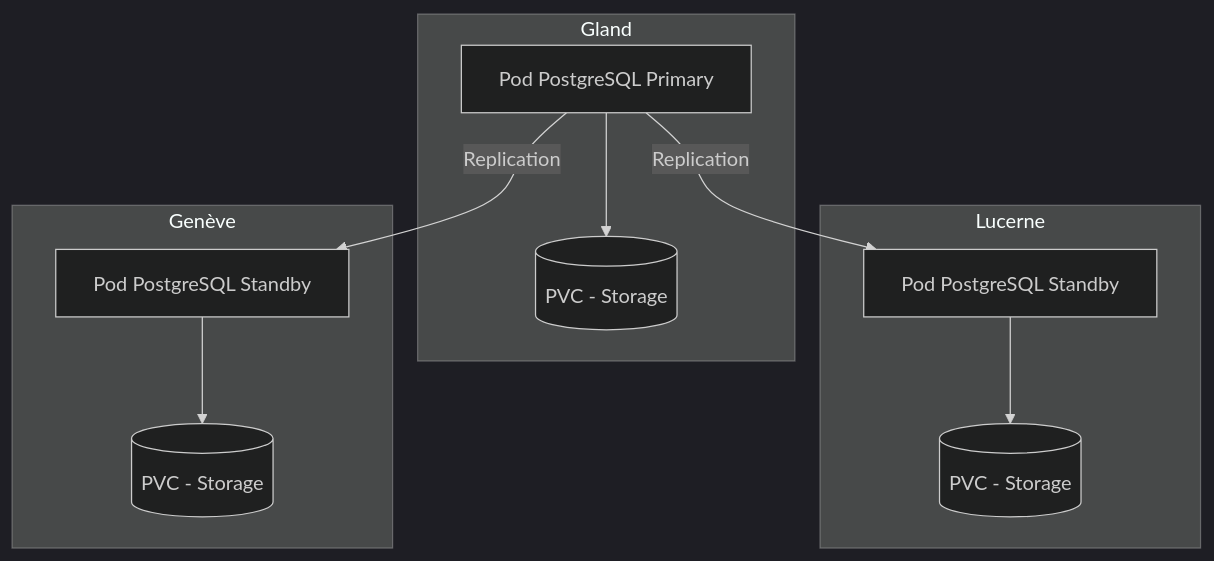
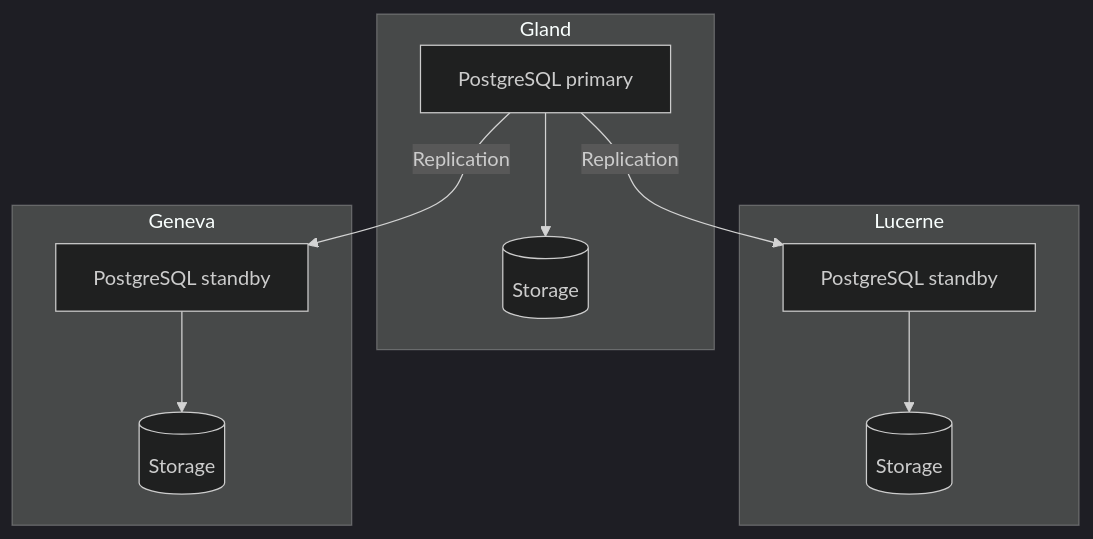
Before and after one commit to HidoraSwiss/hikube-public-doc: the diagram in i18n/en/docusaurus-plugin-content-docs/current/services/databases/postgresql/overview.md, drawn with Mermaid (dark theme). The commit also changed other lines of this file and 148 other files, not shown here.

````diff
--- a/i18n/en/docusaurus-plugin-content-docs/current/services/databases/postgresql/overview.md
+++ b/i18n/en/docusaurus-plugin-content-docs/current/services/databases/postgresql/overview.md
@@ -31,17 +31,17 @@
 ```mermaid
 graph TD
     subgraph Gland
-        P1[Pod PostgreSQL Primary] --> PVC1[(PVC - Storage)]
+        P1[PostgreSQL primary] --> PVC1[(Storage)]
     end
 
     subgraph Lucerne
-        P2[Pod PostgreSQL Standby] --> PVC2[(PVC - Storage)]
+        P2[PostgreSQL standby] --> PVC2[(Storage)]
     end
 
-    subgraph Genève
-        P3[Pod PostgreSQL Standby] --> PVC3[(PVC - Storage)]
+    subgraph Geneva
+        P3[PostgreSQL standby] --> PVC3[(Storage)]
     end
 
     P1 -->|Replication| P2
     P1 -->|Replication| P3
 ```
````
